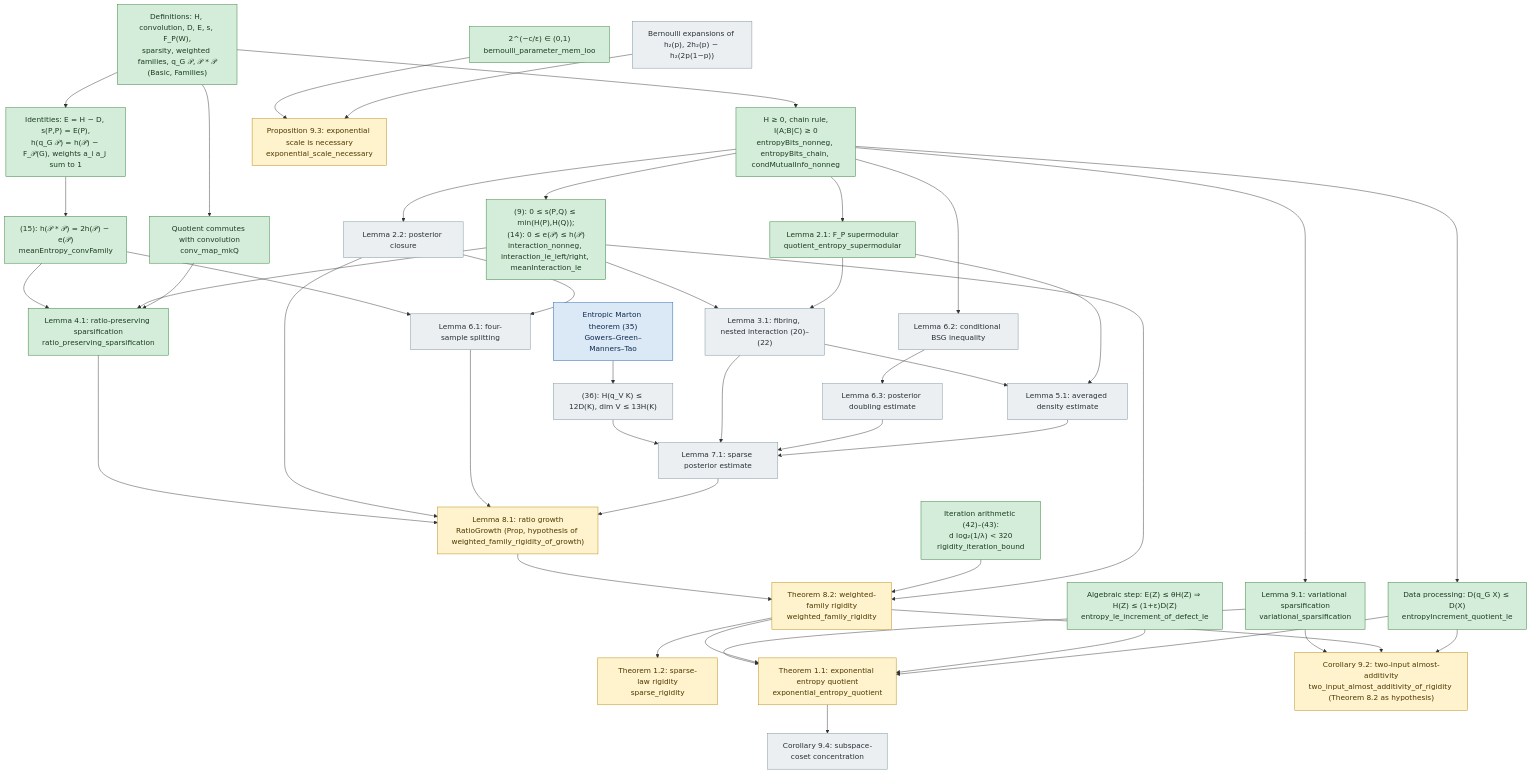
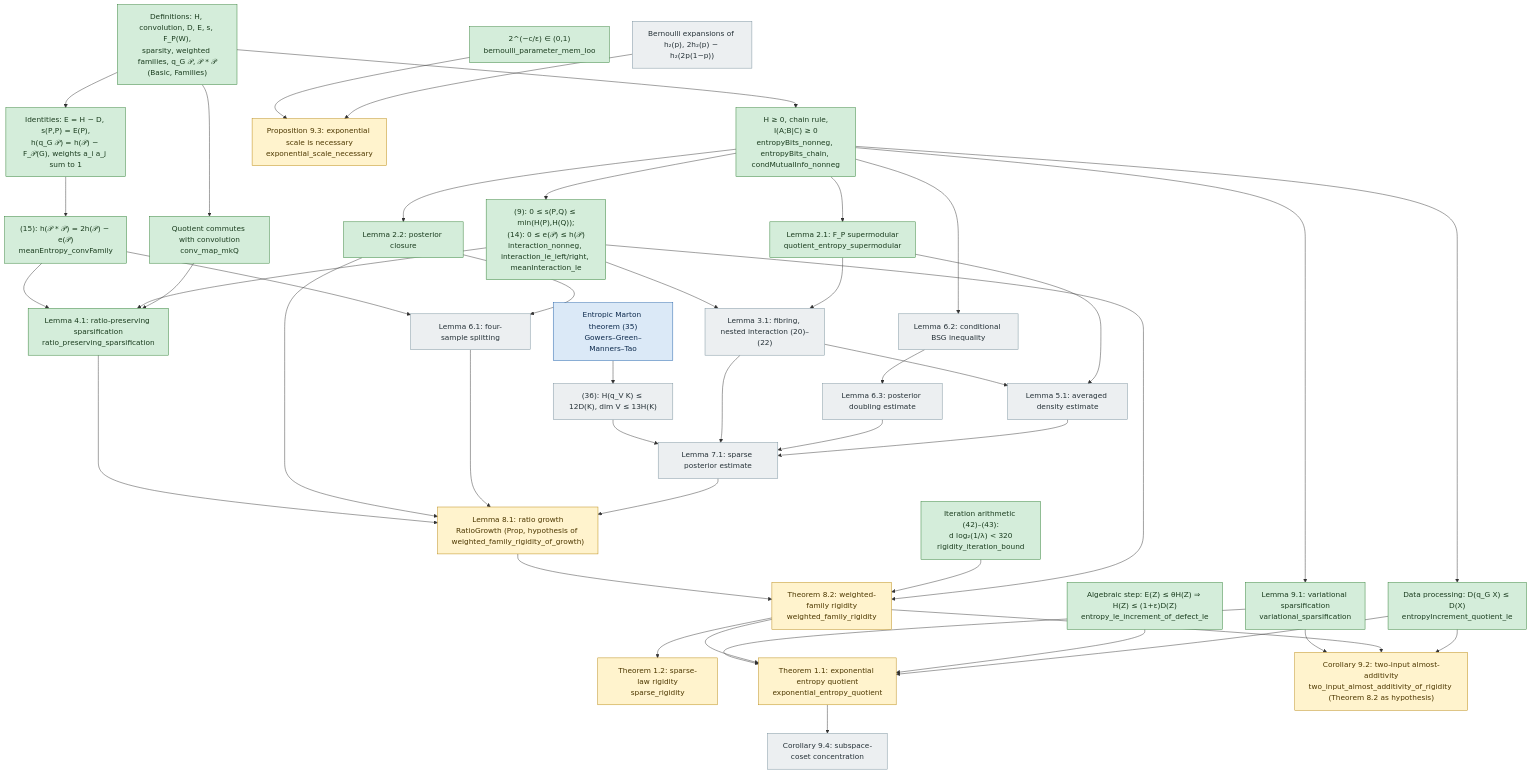
The diagram in docs/DEPENDENCIES.md (JosiahPark/entropy-quotients-lean), drawn with Mermaid before and after one commit.

Commit message:
formalize: D3c2 mark Lemma 2.2 proved (PosteriorClosure) in docs/DEPENDENCIES.md

```diff
--- a/docs/DEPENDENCIES.md
+++ b/docs/DEPENDENCIES.md
@@ -31,7 +31,7 @@
   E15["(15): h(𝒫 * 𝒫) = 2h(𝒫) − e(𝒫)<br/>meanEntropy_convFamily"]:::proved
   QC["Quotient commutes with convolution<br/>conv_map_mkQ"]:::proved
   L21["Lemma 2.1: F_P supermodular<br/>quotient_entropy_supermodular"]:::proved
-  L22["Lemma 2.2: posterior closure"]:::missing
+  L22["Lemma 2.2: posterior closure"]:::proved
 
   %% Sections 3-7
   L31["Lemma 3.1: fibring, nested interaction (20)–(22)"]:::missing
```
